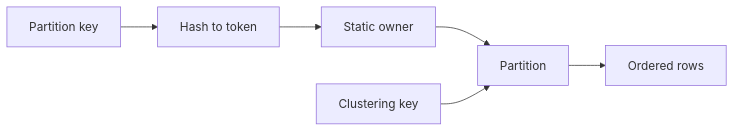
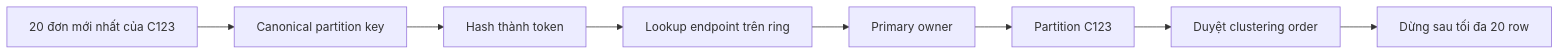
One commit to flynn3103/engineer-lab changed the first of 2 diagrams in scylla/reimplement/feature/01-partition-keys-and-static-token-routing.md. Above: the diagram before and after it, drawn with Mermaid. The commit also changed other lines of this file and 10 other files, not shown here.

Commit message:
docs: explain Scylla token ring and LSM foundations

````diff
--- a/scylla/reimplement/feature/01-partition-keys-and-static-token-routing.md
+++ b/scylla/reimplement/feature/01-partition-keys-and-static-token-routing.md
@@ -14,8 +68,10 @@
 ```mermaid
 flowchart LR
-    K[Partition key] --> T[Hash to token]
-    T --> O[Static owner]
-    O --> P[Partition]
-    C[Clustering key] --> P
-    P --> R[Ordered rows]
+    Q[20 đơn mới nhất của C123] --> K[Canonical partition key]
+    K --> H[Hash thành token]
+    H --> R[Lookup endpoint trên ring]
+    R --> O[Primary owner]
+    O --> P[Partition C123]
+    P --> C[Duyệt clustering order]
+    C --> L[Dừng sau tối đa 20 row]
 ```
````
